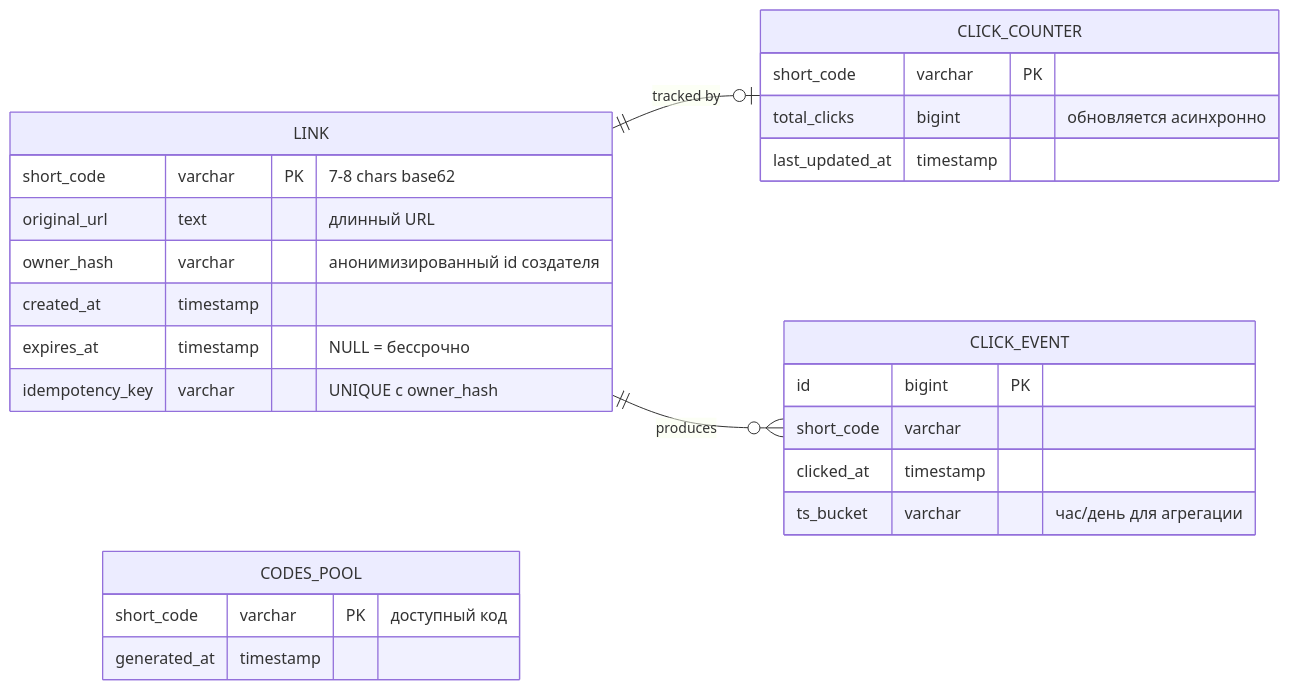
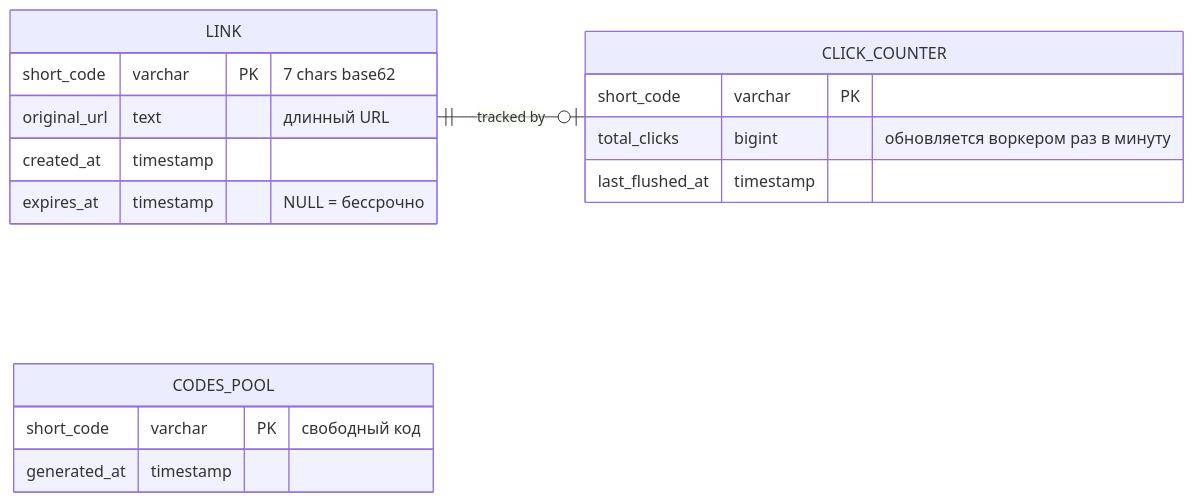
The second of 9 diagrams in README.md (f1yToMoon/url_shortener), drawn with Mermaid before and after one commit. The commit also changed other lines of this file, not shown here.

````diff
--- a/README.md
+++ b/README.md
@@ -96,33 +202,23 @@
 ```mermaid
 erDiagram
     direction LR
     LINK {
-        short_code varchar PK "7-8 chars base62"
+        short_code varchar PK "7 chars base62"
         original_url text "длинный URL"
-        owner_hash varchar "анонимизированный id создателя"
         created_at timestamp
         expires_at timestamp "NULL = бессрочно"
-        idempotency_key varchar "UNIQUE с owner_hash"
     }
 
     CODES_POOL {
-        short_code varchar PK "доступный код"
+        short_code varchar PK "свободный код"
         generated_at timestamp
     }
 
     CLICK_COUNTER {
         short_code varchar PK
-        total_clicks bigint "обновляется асинхронно"
-        last_updated_at timestamp
-    }
-
-    CLICK_EVENT {
-        id bigint PK
-        short_code varchar
-        clicked_at timestamp
-        ts_bucket varchar "час/день для агрегации"
+        total_clicks bigint "обновляется воркером раз в минуту"
+        last_flushed_at timestamp
     }
 
     LINK ||--o| CLICK_COUNTER : "tracked by"
-    LINK ||--o{ CLICK_EVENT : "produces"
 ```
````
